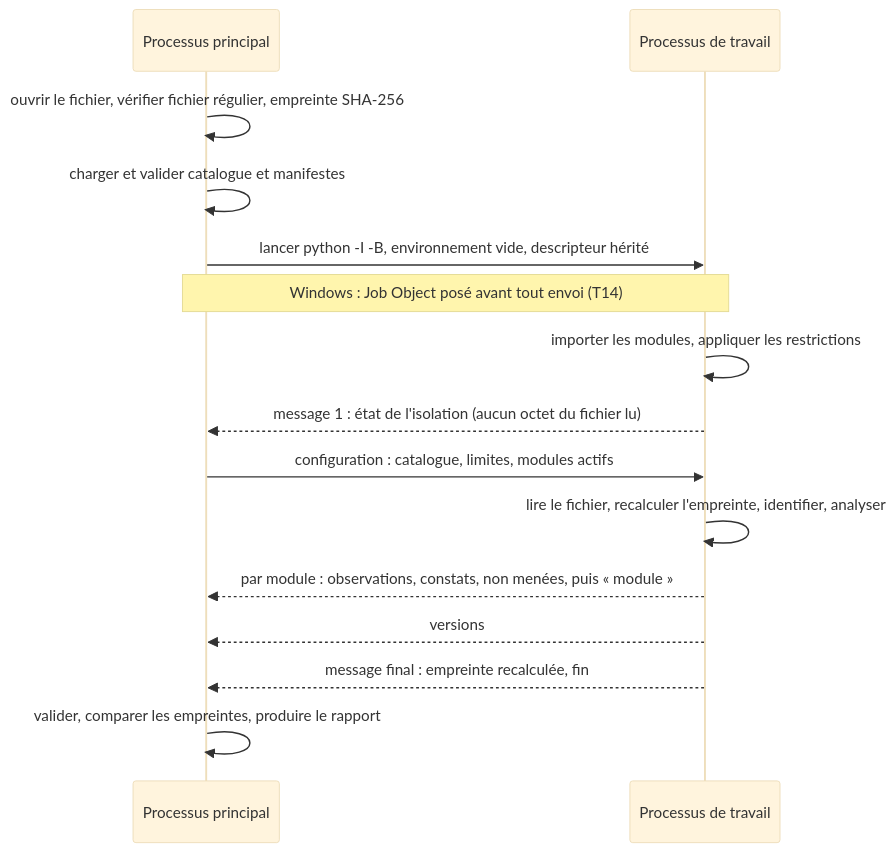
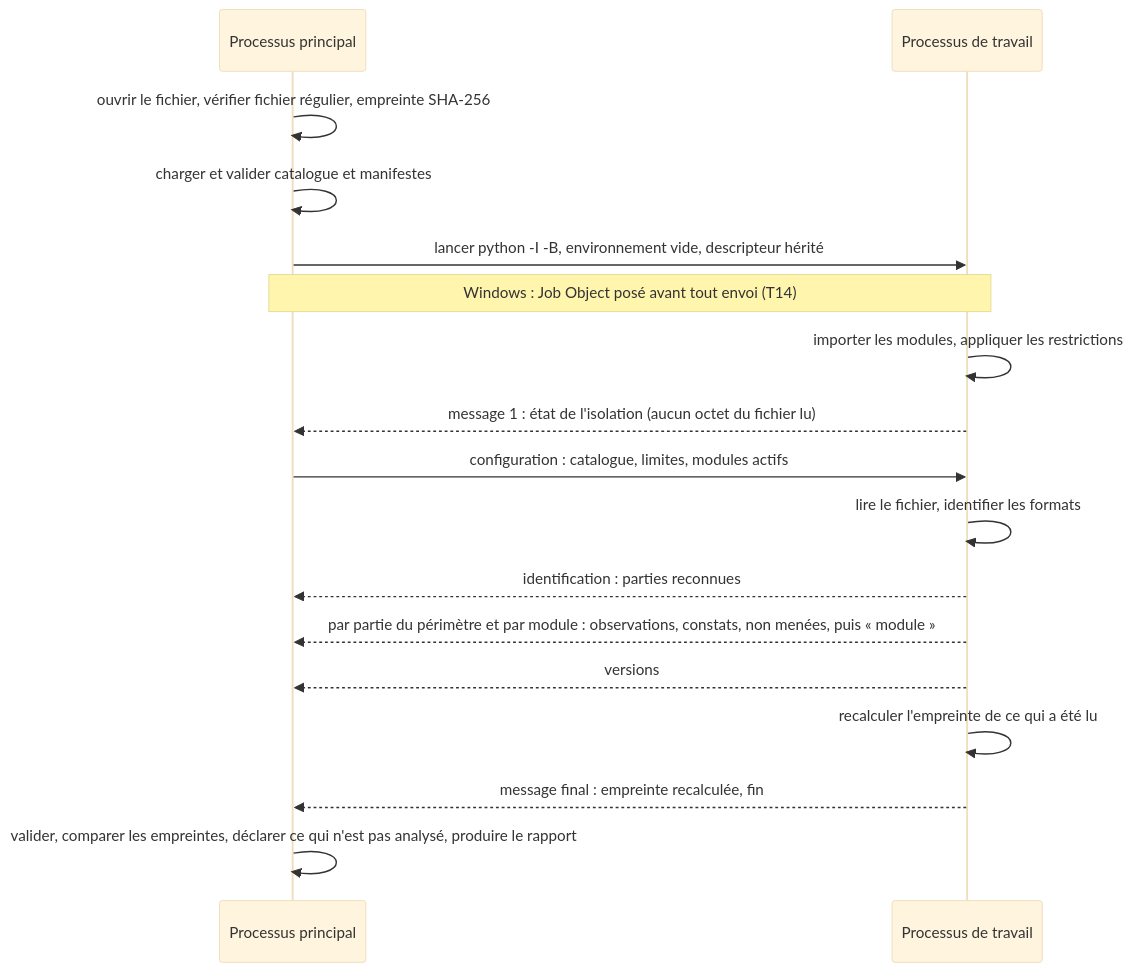
Before and after one commit to TheDarkMac/AI-detector: the second of 2 diagrams in docs/architecture/architecture.md, drawn with Mermaid (base theme). The commit also changed other lines of this file and 27 other files, not shown here.

````diff
--- a/docs/architecture/architecture.md
+++ b/docs/architecture/architecture.md
@@ -78,17 +78,19 @@
 ```mermaid
 sequenceDiagram
   participant P1 as Processus principal
   participant P2 as Processus de travail
   P1->>P1: ouvrir le fichier, vérifier fichier régulier, empreinte SHA-256
   P1->>P1: charger et valider catalogue et manifestes
   P1->>P2: lancer python -I -B, environnement vide, descripteur hérité
   Note over P1,P2: Windows : Job Object posé avant tout envoi (T14)
   P2->>P2: importer les modules, appliquer les restrictions
   P2-->>P1: message 1 : état de l'isolation (aucun octet du fichier lu)
   P1->>P2: configuration : catalogue, limites, modules actifs
-  P2->>P2: lire le fichier, recalculer l'empreinte, identifier, analyser
-  P2-->>P1: par module : observations, constats, non menées, puis « module »
+  P2->>P2: lire le fichier, identifier les formats
+  P2-->>P1: identification : parties reconnues
+  P2-->>P1: par partie du périmètre et par module : observations, constats, non menées, puis « module »
   P2-->>P1: versions
+  P2->>P2: recalculer l'empreinte de ce qui a été lu
   P2-->>P1: message final : empreinte recalculée, fin
-  P1->>P1: valider, comparer les empreintes, produire le rapport
+  P1->>P1: valider, comparer les empreintes, déclarer ce qui n'est pas analysé, produire le rapport
 ```
````
